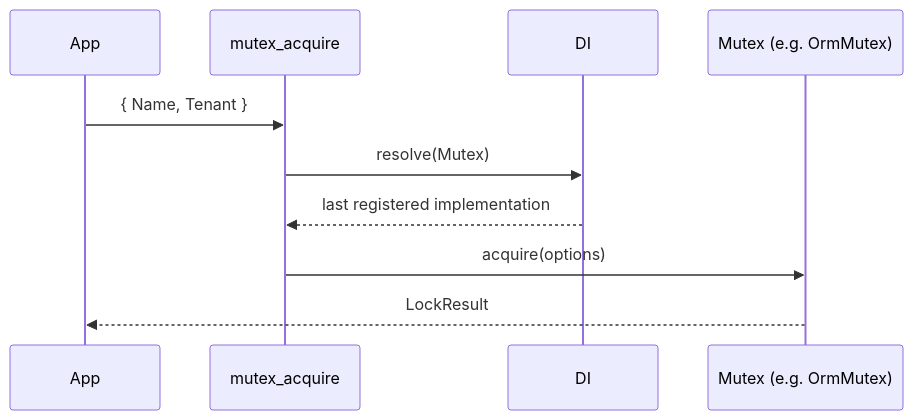
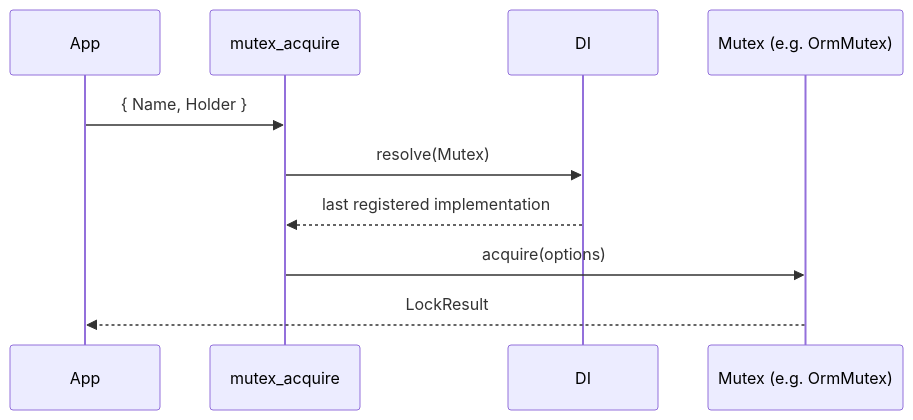
Before and after one commit to spinajs/main: the diagram in docs/threading/01-named-mutex.md, drawn with Mermaid. The commit also changed other lines of this file and 15 other files, not shown here.

Commit message:
feat(threading, orm-threading)!: the mutex lock owner is its holder, not its tenant

````diff
--- a/docs/threading/01-named-mutex.md
+++ b/docs/threading/01-named-mutex.md
@@ -37,12 +37,12 @@
 ```mermaid
 sequenceDiagram
   participant App
   participant Helper as mutex_acquire
   participant DI
   participant Backend as Mutex (e.g. OrmMutex)
-  App->>Helper: { Name, Tenant }
+  App->>Helper: { Name, Holder }
   Helper->>DI: resolve(Mutex)
   DI-->>Helper: last registered implementation
   Helper->>Backend: acquire(options)
   Backend-->>App: LockResult
 ```
````
